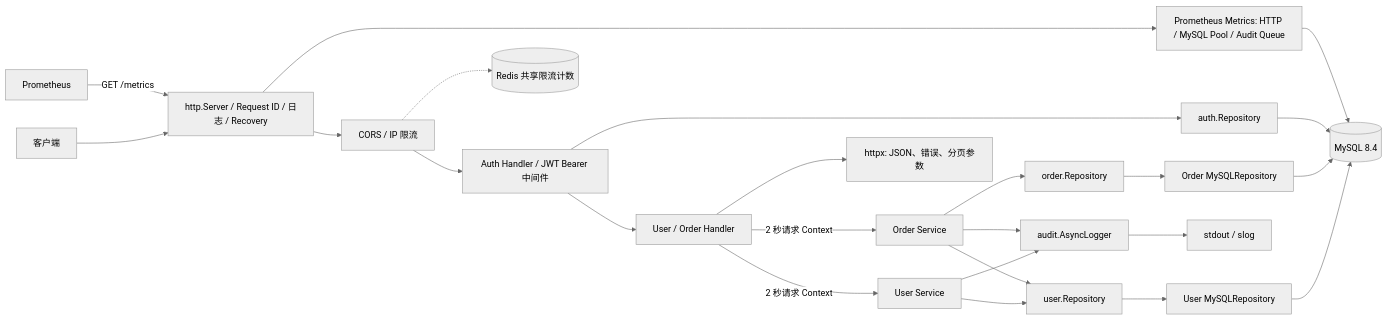
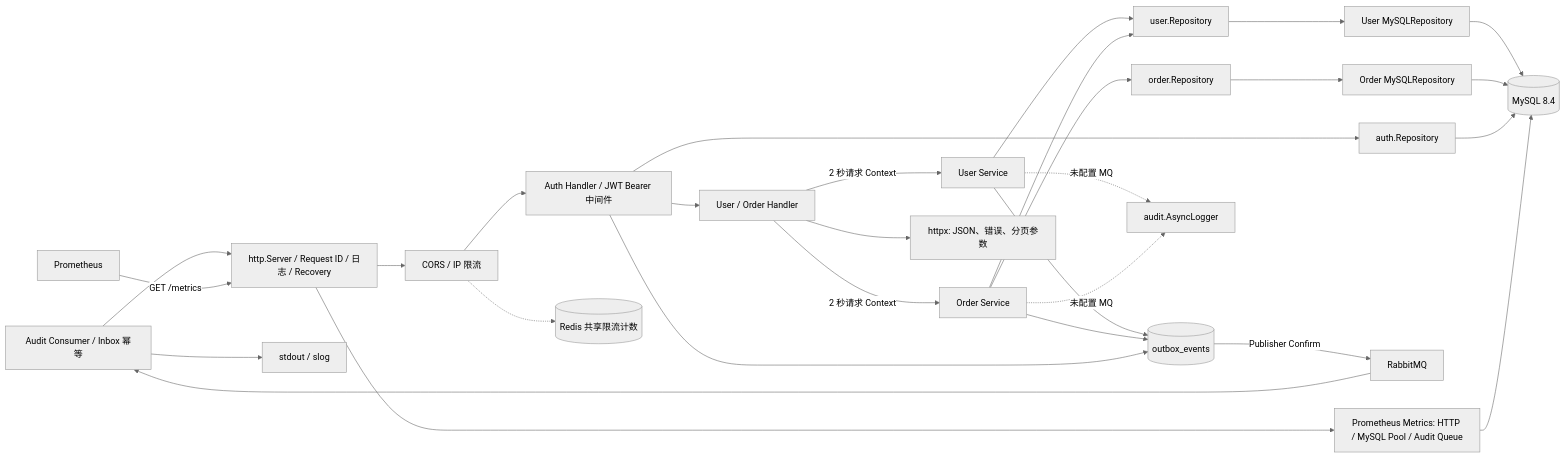
Before and after one commit to HillBridge/codex-go-web-api: the diagram in user-order-api/docs/architecture.md, drawn with Mermaid (neutral theme). The commit also changed other lines of this file and 30 other files, not shown here.

````diff
--- a/user-order-api/docs/architecture.md
+++ b/user-order-api/docs/architecture.md
@@ -9,26 +9,31 @@
 ```mermaid
 flowchart LR
   C[客户端] --> S[http.Server / Request ID / 日志 / Recovery]
   P[Prometheus] -->|GET /metrics| S
   S --> SEC[CORS / IP 限流]
   SEC --> AH[Auth Handler / JWT Bearer 中间件]
   SEC -.-> RL[(Redis 共享限流计数)]
   AH --> H[User / Order Handler]
   H -->|2 秒请求 Context| US[User Service]
   H -->|2 秒请求 Context| OS[Order Service]
   H --> X[httpx: JSON、错误、分页参数]
   US --> UR[user.Repository]
   OS --> OR[order.Repository]
   OS --> UR
   UR --> MR[User MySQLRepository]
   OR --> MOR[Order MySQLRepository]
   MR --> DB[(MySQL 8.4)]
   MOR --> DB
   AH --> AR[auth.Repository]
   AR --> DB
-  US --> A[audit.AsyncLogger]
-  OS --> A
-  A --> L[stdout / slog]
+  US --> O[(outbox_events)]
+  OS --> O
+  AH --> O
+  O -->|Publisher Confirm| MQ[RabbitMQ]
+  MQ --> C[Audit Consumer / Inbox 幂等]
+  C --> L[stdout / slog]
+  US -.未配置 MQ.-> A[audit.AsyncLogger]
+  OS -.未配置 MQ.-> A
   S --> M[Prometheus Metrics: HTTP / MySQL Pool / Audit Queue]
   M --> DB
 ```
````
